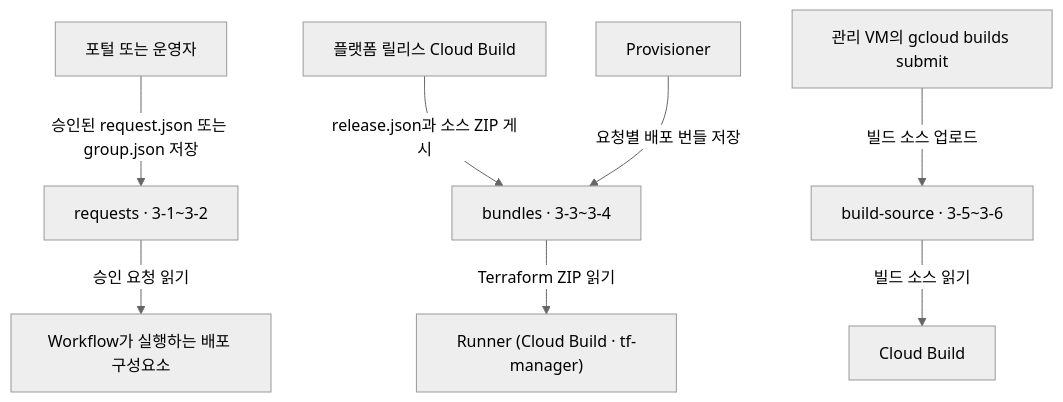
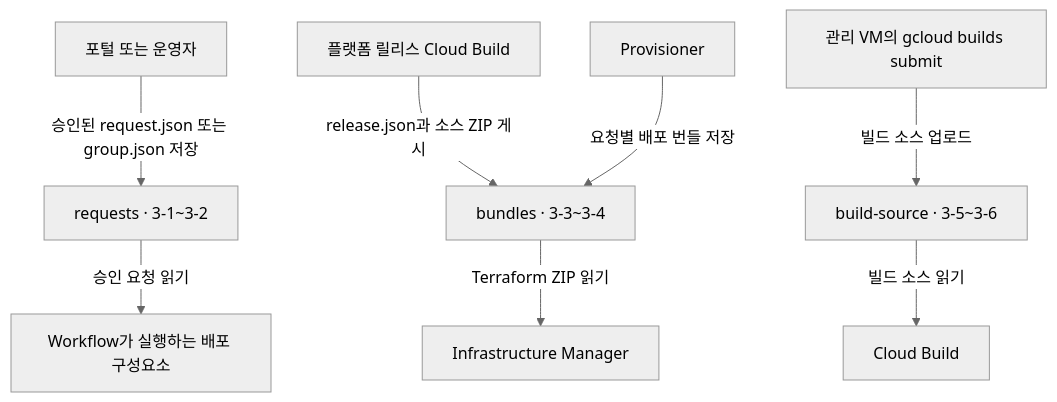
One commit to sonmap/GCP_SBX_Test03 changed the eighth of 9 diagrams in 02.infra-setup/infra-setup-commend.md. Above: the diagram before and after it, drawn with Mermaid (neutral theme). The commit also changed other lines of this file and 21 other files, not shown here.

First line of the commit message:
Run all Terraform stages, 50-workload included, in Infrastructure Manager

````diff
--- a/02.infra-setup/infra-setup-commend.md
+++ b/02.infra-setup/infra-setup-commend.md
@@ -1335,10 +1338,10 @@
 ```mermaid
 flowchart TD
     P["포털 또는 운영자"] -->|승인된 request.json 또는 group.json 저장| R["requests · 3-1~3-2"]
     R -->|승인 요청 읽기| W["Workflow가 실행하는 배포 구성요소"]
     S["플랫폼 릴리스 Cloud Build"] -->|release.json과 소스 ZIP 게시| B["bundles · 3-3~3-4"]
     V["Provisioner"] -->|요청별 배포 번들 저장| B
-    B -->|Terraform ZIP 읽기| I["Runner (Cloud Build · tf-manager)"]
+    B -->|Terraform ZIP 읽기| I["Infrastructure Manager"]
     M["관리 VM의 gcloud builds submit"] -->|빌드 소스 업로드| U["build-source · 3-5~3-6"]
     U -->|빌드 소스 읽기| C["Cloud Build"]
 ```
````
